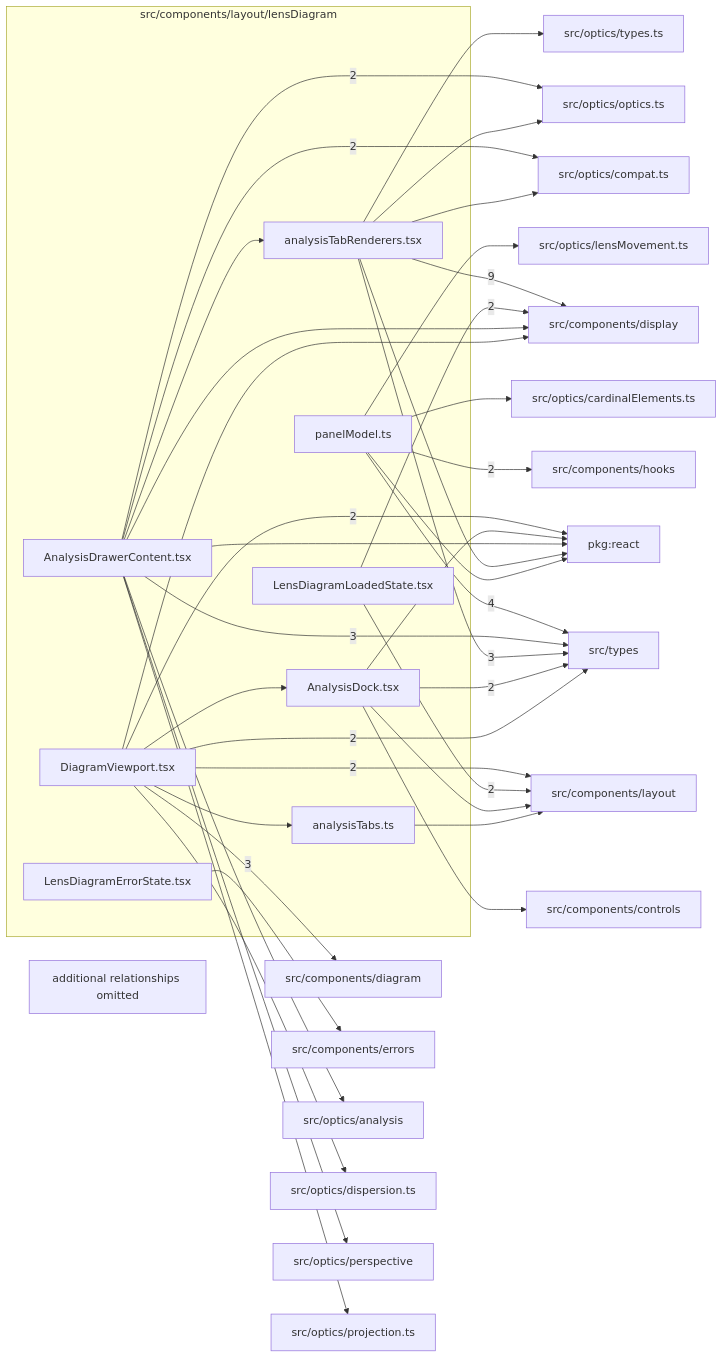
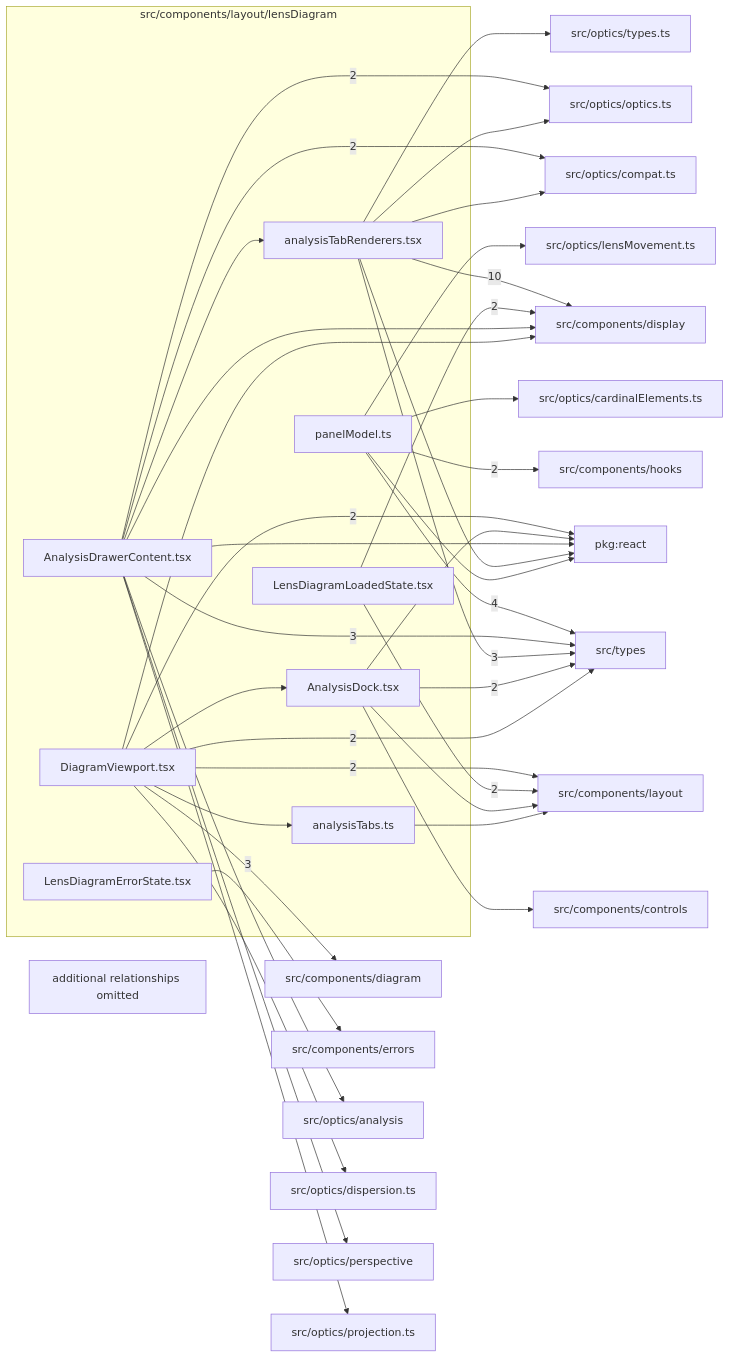
The diagram in src/components/layout/lensDiagram/readme.md (ronbuening/LensVisualizer), drawn with Mermaid before and after one commit. The commit also changed other lines of this file and 262 other files, not shown here.

Commit message:
Add simulated MTF with manufacturer-style charts, accuracy review and image-plane source audits (#736)

````diff
--- a/src/components/layout/lensDiagram/readme.md
+++ b/src/components/layout/lensDiagram/readme.md
@@ -9,67 +9,67 @@
 ```mermaid
 flowchart LR
   subgraph n_src_components_layout_lensDiagram["src/components/layout/lensDiagram"]
     n_src_components_layout_lensDiagram_src_components_layout_lensDiagram_AnalysisDock_tsx["AnalysisDock.tsx"]
     n_src_components_layout_lensDiagram_src_components_layout_lensDiagram_AnalysisDrawerContent_tsx["AnalysisDrawerContent.tsx"]
     n_src_components_layout_lensDiagram_src_components_layout_lensDiagram_analysisTabRenderers_tsx["analysisTabRenderers.tsx"]
     n_src_components_layout_lensDiagram_src_components_layout_lensDiagram_analysisTabs_ts["analysisTabs.ts"]
     n_src_components_layout_lensDiagram_src_components_layout_lensDiagram_DiagramViewport_tsx["DiagramViewport.tsx"]
     n_src_components_layout_lensDiagram_src_components_layout_lensDiagram_LensDiagramErrorState_tsx["LensDiagramErrorState.tsx"]
     n_src_components_layout_lensDiagram_src_components_layout_lensDiagram_LensDiagramLoadedState_tsx["LensDiagramLoadedState.tsx"]
     n_src_components_layout_lensDiagram_src_components_layout_lensDiagram_panelModel_ts["panelModel.ts"]
   end
   n_external_src_components_display["src/components/display"]
   n_external_src_types["src/types"]
   n_external_src_components_diagram["src/components/diagram"]
   n_external_pkg_react["pkg:react"]
   n_external_src_components_hooks["src/components/hooks"]
   n_external_src_components_layout["src/components/layout"]
   n_external_src_optics_compat_ts["src/optics/compat.ts"]
   n_external_src_optics_optics_ts["src/optics/optics.ts"]
   n_external_src_components_controls["src/components/controls"]
   n_external_src_components_errors["src/components/errors"]
   n_external_src_optics_analysis["src/optics/analysis"]
   n_external_src_optics_cardinalElements_ts["src/optics/cardinalElements.ts"]
   n_external_src_optics_dispersion_ts["src/optics/dispersion.ts"]
   n_external_src_optics_lensMovement_ts["src/optics/lensMovement.ts"]
   n_external_src_optics_perspective["src/optics/perspective"]
   n_external_src_optics_projection_ts["src/optics/projection.ts"]
   n_external_src_optics_types_ts["src/optics/types.ts"]
-  n_src_components_layout_lensDiagram_src_components_layout_lensDiagram_analysisTabRenderers_tsx --> |9| n_external_src_components_display
+  n_src_components_layout_lensDiagram_src_components_layout_lensDiagram_analysisTabRenderers_tsx --> |10| n_external_src_components_display
   n_src_components_layout_lensDiagram_src_components_layout_lensDiagram_panelModel_ts --> |4| n_external_src_types
   n_src_components_layout_lensDiagram_src_components_layout_lensDiagram_DiagramViewport_tsx --> |3| n_external_src_components_diagram
   n_src_components_layout_lensDiagram_src_components_layout_lensDiagram_AnalysisDrawerContent_tsx --> |3| n_external_src_types
   n_src_components_layout_lensDiagram_src_components_layout_lensDiagram_analysisTabRenderers_tsx --> |3| n_external_src_types
   n_src_components_layout_lensDiagram_src_components_layout_lensDiagram_DiagramViewport_tsx --> |2| n_external_pkg_react
   n_src_components_layout_lensDiagram_src_components_layout_lensDiagram_LensDiagramLoadedState_tsx --> |2| n_external_src_components_display
   n_src_components_layout_lensDiagram_src_components_layout_lensDiagram_panelModel_ts --> |2| n_external_src_components_hooks
   n_src_components_layout_lensDiagram_src_components_layout_lensDiagram_DiagramViewport_tsx --> |2| n_external_src_components_layout
   n_src_components_layout_lensDiagram_src_components_layout_lensDiagram_LensDiagramLoadedState_tsx --> |2| n_external_src_components_layout
   n_src_components_layout_lensDiagram_src_components_layout_lensDiagram_AnalysisDrawerContent_tsx --> |2| n_external_src_optics_compat_ts
   n_src_components_layout_lensDiagram_src_components_layout_lensDiagram_AnalysisDrawerContent_tsx --> |2| n_external_src_optics_optics_ts
   n_src_components_layout_lensDiagram_src_components_layout_lensDiagram_AnalysisDock_tsx --> |2| n_external_src_types
   n_src_components_layout_lensDiagram_src_components_layout_lensDiagram_DiagramViewport_tsx --> |2| n_external_src_types
   n_src_components_layout_lensDiagram_src_components_layout_lensDiagram_AnalysisDock_tsx --> n_external_pkg_react
   n_src_components_layout_lensDiagram_src_components_layout_lensDiagram_AnalysisDrawerContent_tsx --> n_external_pkg_react
   n_src_components_layout_lensDiagram_src_components_layout_lensDiagram_analysisTabRenderers_tsx --> n_external_pkg_react
   n_src_components_layout_lensDiagram_src_components_layout_lensDiagram_panelModel_ts --> n_external_pkg_react
   n_src_components_layout_lensDiagram_src_components_layout_lensDiagram_AnalysisDock_tsx --> n_external_src_components_controls
   n_src_components_layout_lensDiagram_src_components_layout_lensDiagram_AnalysisDrawerContent_tsx --> n_external_src_components_display
   n_src_components_layout_lensDiagram_src_components_layout_lensDiagram_DiagramViewport_tsx --> n_external_src_components_display
   n_src_components_layout_lensDiagram_src_components_layout_lensDiagram_LensDiagramErrorState_tsx --> n_external_src_components_errors
   n_src_components_layout_lensDiagram_src_components_layout_lensDiagram_AnalysisDock_tsx --> n_external_src_components_layout
   n_src_components_layout_lensDiagram_src_components_layout_lensDiagram_analysisTabs_ts --> n_external_src_components_layout
   n_src_components_layout_lensDiagram_src_components_layout_lensDiagram_AnalysisDrawerContent_tsx --> n_external_src_optics_analysis
   n_src_components_layout_lensDiagram_src_components_layout_lensDiagram_panelModel_ts --> n_external_src_optics_cardinalElements_ts
   n_src_components_layout_lensDiagram_src_components_layout_lensDiagram_analysisTabRenderers_tsx --> n_external_src_optics_compat_ts
   n_src_components_layout_lensDiagram_src_components_layout_lensDiagram_DiagramViewport_tsx --> n_external_src_optics_dispersion_ts
   n_src_components_layout_lensDiagram_src_components_layout_lensDiagram_panelModel_ts --> n_external_src_optics_lensMovement_ts
   n_src_components_layout_lensDiagram_src_components_layout_lensDiagram_analysisTabRenderers_tsx --> n_external_src_optics_optics_ts
   n_src_components_layout_lensDiagram_src_components_layout_lensDiagram_AnalysisDrawerContent_tsx --> n_external_src_optics_perspective
   n_src_components_layout_lensDiagram_src_components_layout_lensDiagram_AnalysisDrawerContent_tsx --> n_external_src_optics_projection_ts
   n_src_components_layout_lensDiagram_src_components_layout_lensDiagram_analysisTabRenderers_tsx --> n_external_src_optics_types_ts
   n_src_components_layout_lensDiagram_src_components_layout_lensDiagram_DiagramViewport_tsx --> n_src_components_layout_lensDiagram_src_components_layout_lensDiagram_AnalysisDock_tsx
   n_src_components_layout_lensDiagram_src_components_layout_lensDiagram_AnalysisDrawerContent_tsx --> n_src_components_layout_lensDiagram_src_components_layout_lensDiagram_analysisTabRenderers_tsx
   n_src_components_layout_lensDiagram_src_components_layout_lensDiagram_DiagramViewport_tsx --> n_src_components_layout_lensDiagram_src_components_layout_lensDiagram_analysisTabs_ts
   n_src_components_layout_lensDiagram_truncated["additional relationships omitted"]
 ```
````
